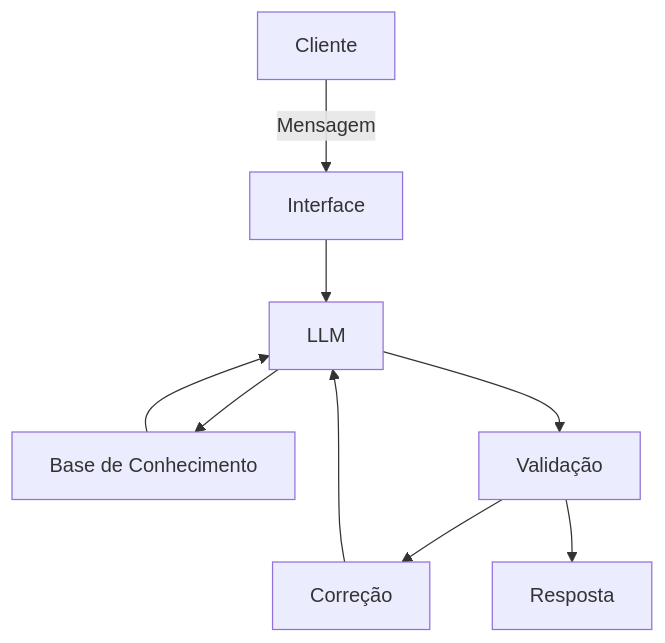
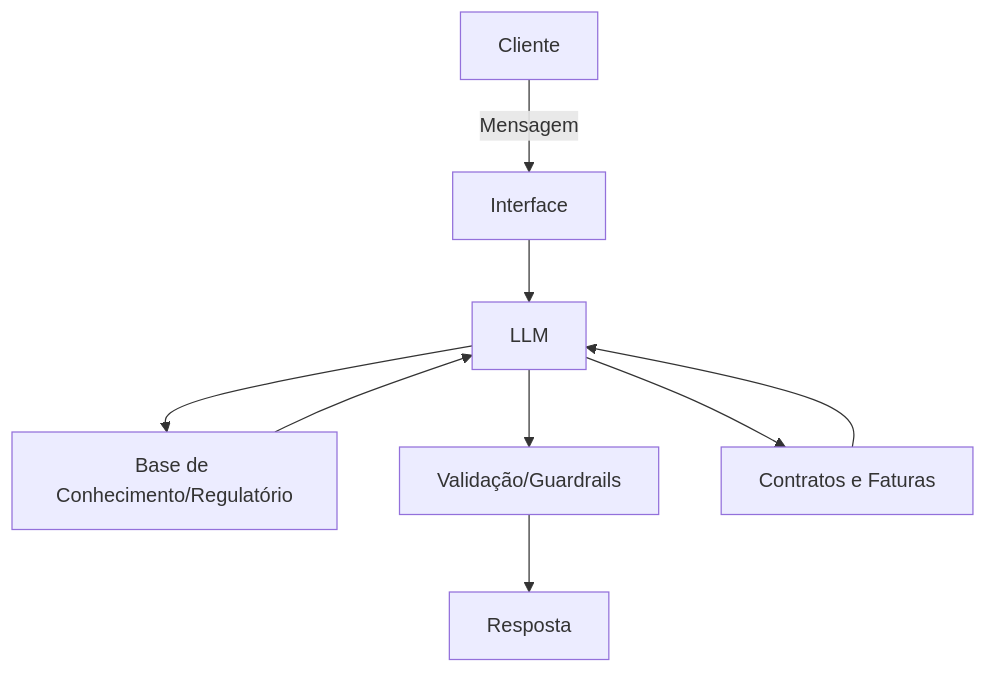
One commit to SiDianaGit/dio-lab-bia changed the diagram in docs/01-documentacao-agente.md. Above: the diagram before and after it, drawn with Mermaid. The commit also changed other lines of this file and 4 other files, not shown here.

````diff
--- a/docs/01-documentacao-agente.md
+++ b/docs/01-documentacao-agente.md
@@ -129,11 +133,11 @@
 ```mermaid
 flowchart TD
     A[Cliente] -->|Mensagem| B[Interface]
     B --> C[LLM]
-    C --> D[Base de Conhecimento]
+    C --> D[Base de Conhecimento/Regulatório]
     D --> C
-    C --> E[Validação]
-    E --> F[Correção]
-    F --> C
-    E --> G[Resposta]
+    C --> E[Validação/Guardrails]
+    E --> F[Resposta]
+    C --> G[Contratos e Faturas]
+    G --> C
 ```
````
